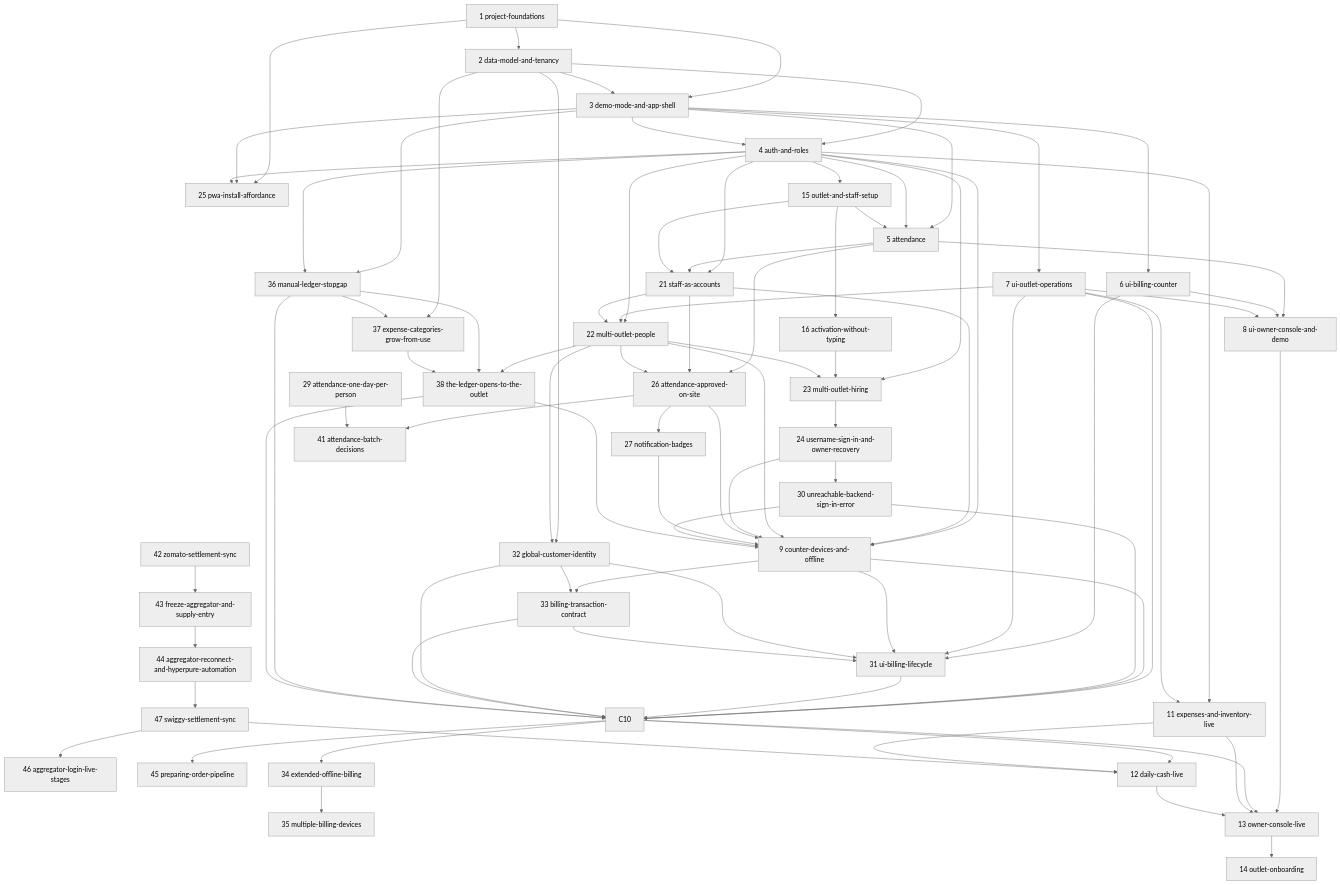
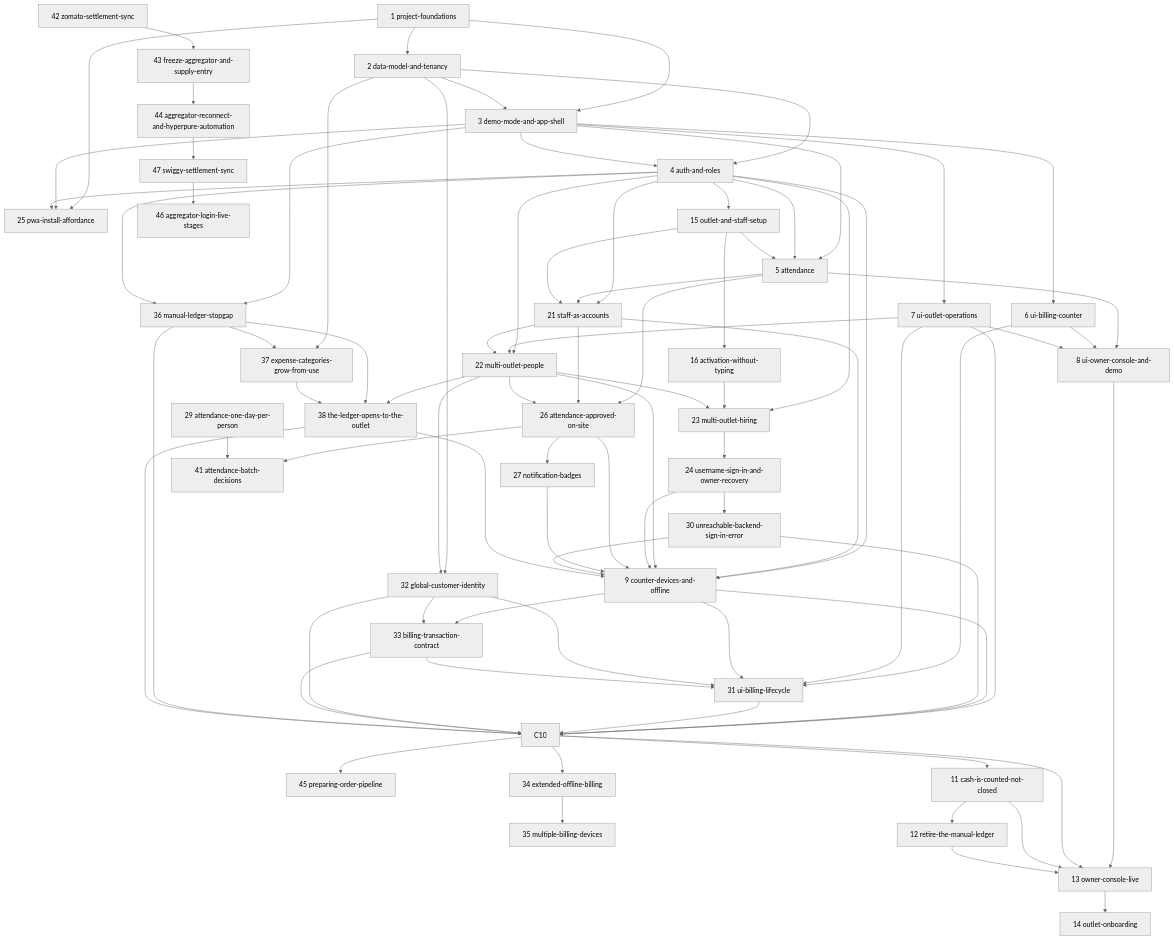
Before and after one commit to abdatta/shawarmania-ops: the diagram in openspec/changes/ROADMAP.md, drawn with Mermaid (neutral theme). The commit also changed other lines of this file and 45 other files, not shown here.

```diff
--- a/openspec/changes/ROADMAP.md
+++ b/openspec/changes/ROADMAP.md
@@ -242,11 +242,8 @@
     C10 --> C45[45 preparing-order-pipeline]
     C10 --> C34[34 extended-offline-billing]
     C34 --> C35[35 multiple-billing-devices]
-    C4 --> C11[11 expenses-and-inventory-live]
-    C7 --> C11
-    C10 --> C12[12 daily-cash-live]
-    C11 --> C12
-    C47 --> C12
+    C10 --> C11[11 cash-is-counted-not-closed]
+    C11 --> C12[12 retire-the-manual-ledger]
     C8 --> C13[13 owner-console-live]
     C10 --> C13
     C11 --> C13
```
